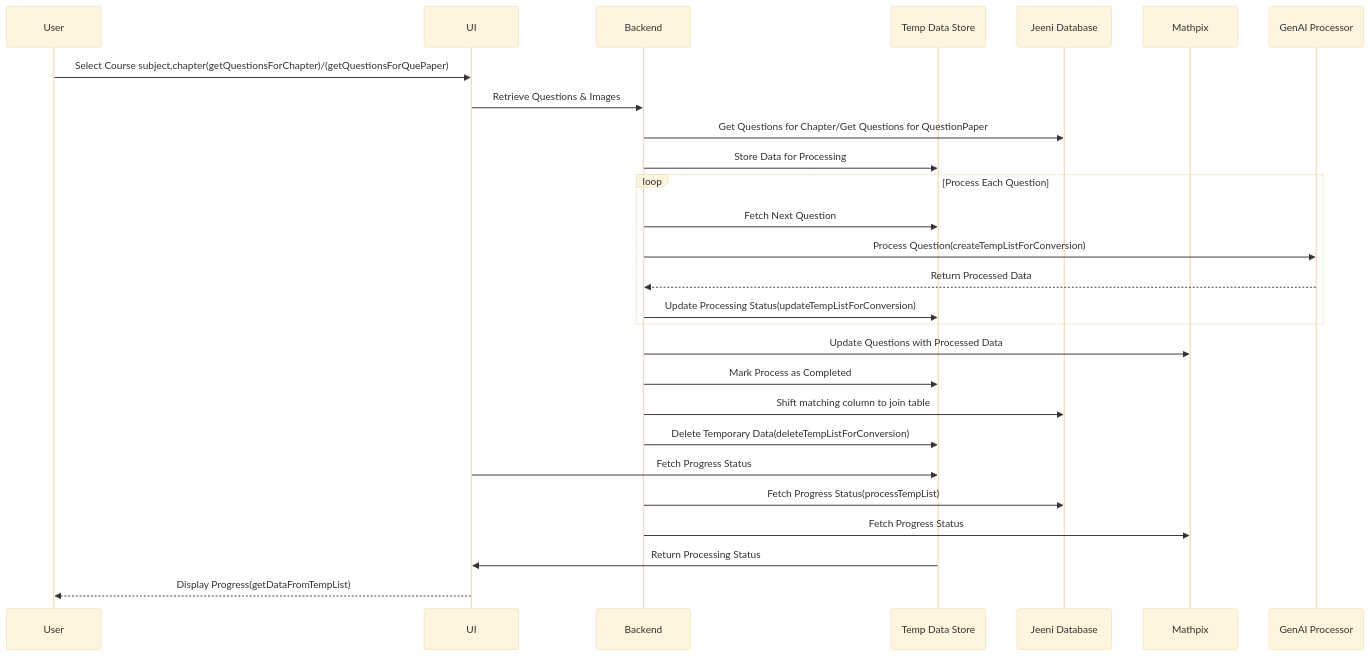
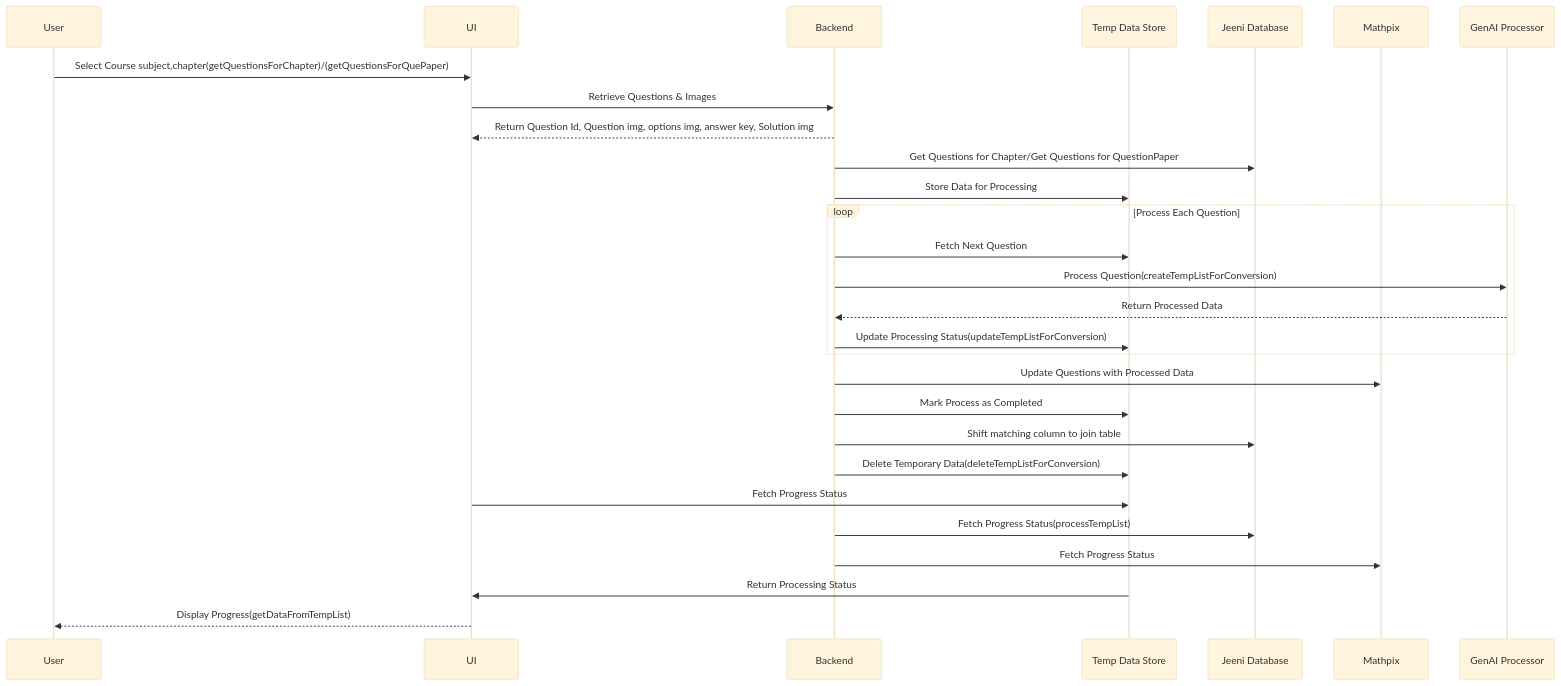
Before and after one commit to MayuriSutar12/Documentation: the diagram in docs/sequence_digram.md, drawn with Mermaid (base theme).

````diff
--- a/docs/sequence_digram.md
+++ b/docs/sequence_digram.md
@@ -2,38 +2,39 @@
 ```mermaid
 sequenceDiagram
     participant User as User
     participant UI as UI
     participant Backend as Backend
     participant TempDB as Temp Data Store
     participant JeeniDB as Jeeni Database
     participant Mathpix as Mathpix
     participant GenAI as GenAI Processor
 
     User ->> UI: Select Course subject,chapter(getQuestionsForChapter)/(getQuestionsForQuePaper)
-
+    
 
     UI ->> Backend: Retrieve Questions & Images
+    Backend -->> UI: Return Question Id, Question img, options img, answer key, Solution img
     Backend ->> JeeniDB: Get Questions for Chapter/Get Questions for QuestionPaper
     Backend ->> TempDB: Store Data for Processing
 
     loop Process Each Question
         Backend ->> TempDB: Fetch Next Question
         Backend ->> GenAI: Process Question(createTempListForConversion)
         GenAI -->> Backend: Return Processed Data
         Backend ->> TempDB: Update Processing Status(updateTempListForConversion)
     end
 
     Backend ->> Mathpix: Update Questions with Processed Data
     Backend ->> TempDB: Mark Process as Completed
     Backend ->> JeeniDB: Shift matching column to join table
     Backend ->> TempDB: Delete Temporary Data(deleteTempListForConversion)
 
 
     UI ->> TempDB: Fetch Progress Status
    Backend ->> JeeniDB: Fetch Progress Status(processTempList)
   Backend ->> Mathpix: Fetch Progress Status 
     TempDB ->> UI: Return Processing Status
     UI -->> User: Display Progress(getDataFromTempList)
 
 
 ```
````
